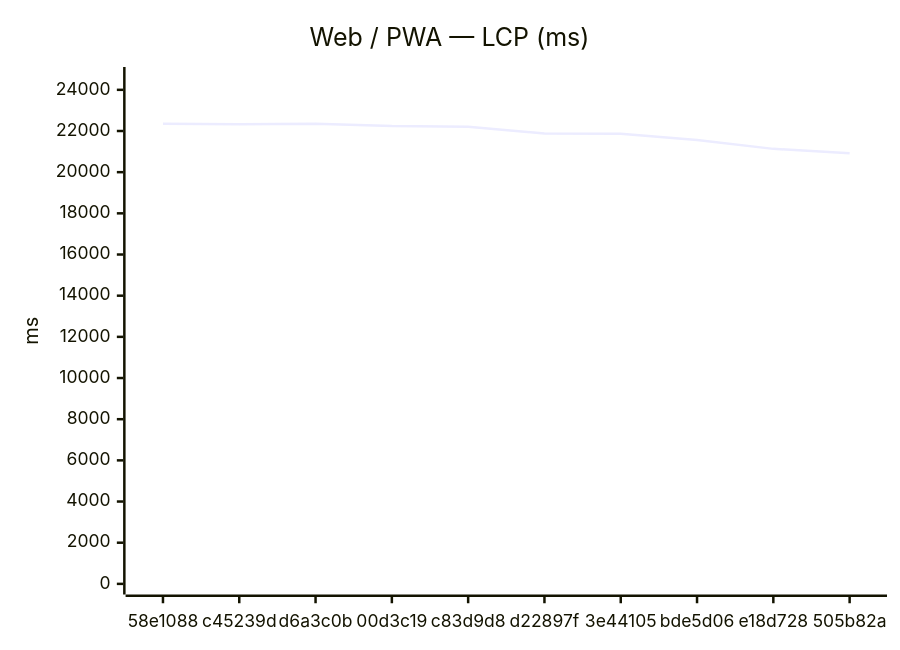
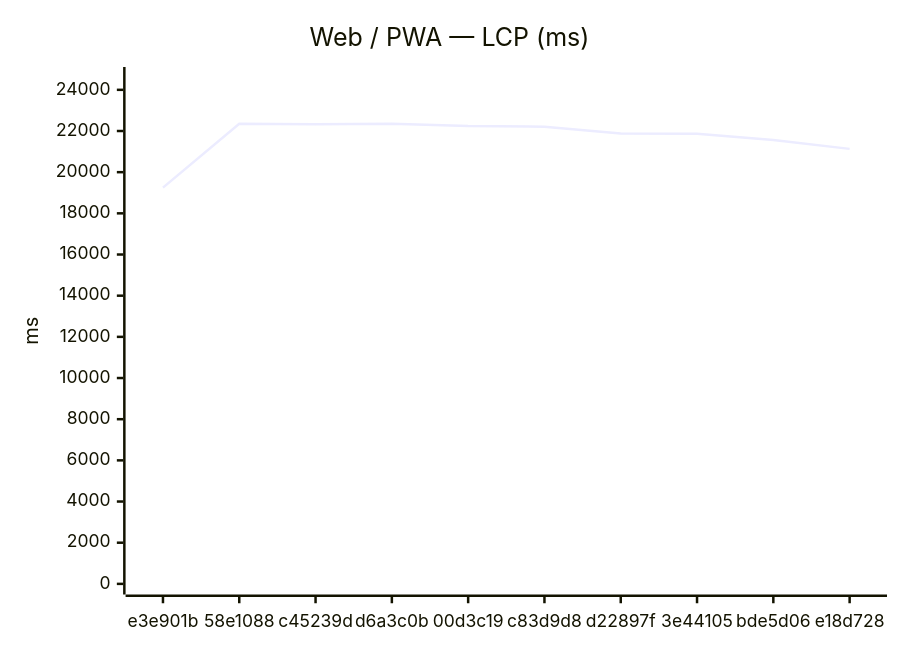
One commit to Metaheurist/Rianell changed the first of 18 diagrams in benchmarks/compare.md. Above: the diagram before and after it, drawn with Mermaid. The commit also changed other lines of this file and 11 other files, not shown here.

````diff
--- a/benchmarks/compare.md
+++ b/benchmarks/compare.md
@@ -24,7 +24,7 @@
 ```mermaid
 xychart-beta
     title "Web / PWA — LCP (ms)"
-    x-axis ["58e1088", "c45239d", "d6a3c0b", "00d3c19", "c83d9d8", "d22897f", "3e44105", "bde5d06", "e18d728", "505b82a"]
+    x-axis ["e3e901b", "58e1088", "c45239d", "d6a3c0b", "00d3c19", "c83d9d8", "d22897f", "3e44105", "bde5d06", "e18d728"]
     y-axis "ms" 0 --> 24593
-    line [22351, 22326, 22357, 22240, 22209, 21878, 21870, 21566, 21132, 20925]
+    line [19248, 22351, 22326, 22357, 22240, 22209, 21878, 21870, 21566, 21132]
 ```
````
